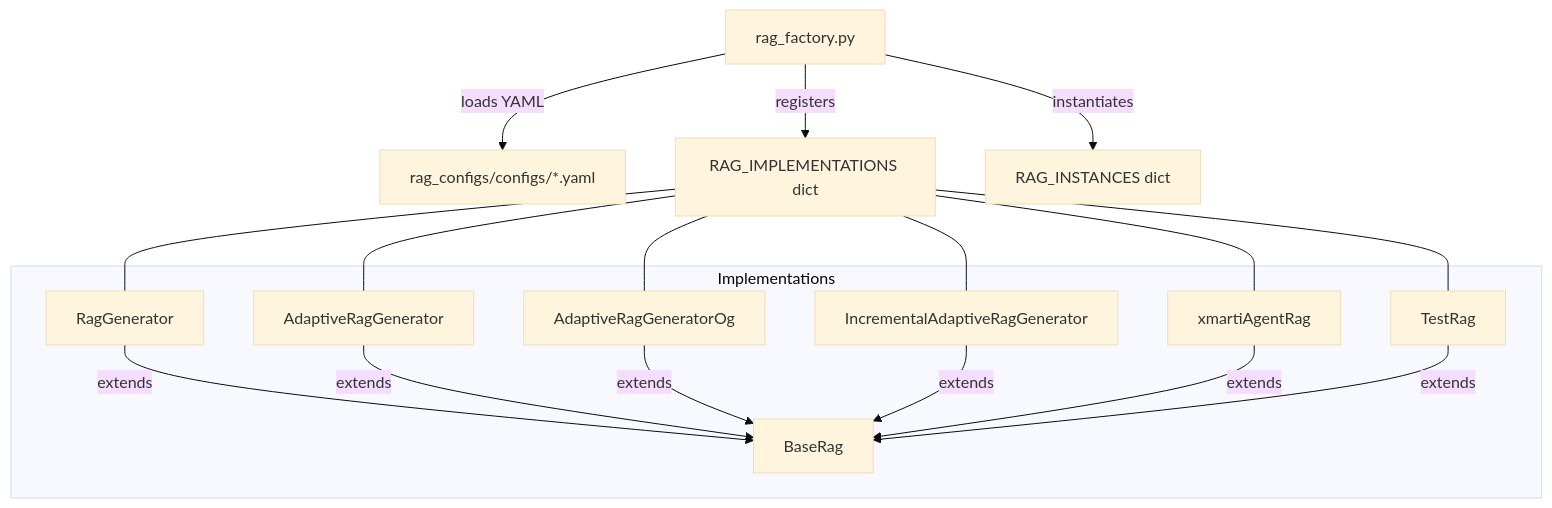
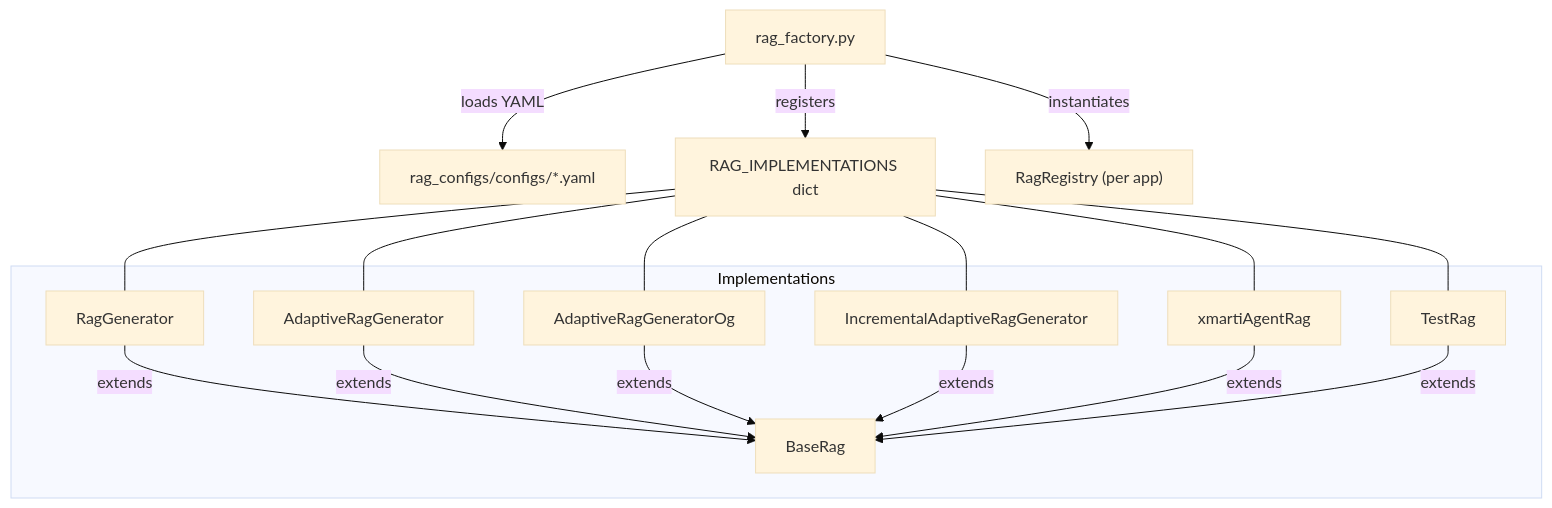
One commit to DCGM/semant-demo changed the fourth of 6 diagrams in docs/ARCHITECTURE.md. Above: the diagram before and after it, drawn with Mermaid (base theme). The commit also changed other lines of this file and 20 other files, not shown here.

````diff
--- a/docs/ARCHITECTURE.md
+++ b/docs/ARCHITECTURE.md
@@ -234,17 +235,17 @@
 ```mermaid
 flowchart TD
     FACTORY[rag_factory.py] -->|loads YAML| CONFIGS[rag_configs/configs/*.yaml]
     FACTORY -->|registers| REGISTRY["RAG_IMPLEMENTATIONS dict"]
-    FACTORY -->|instantiates| INSTANCES["RAG_INSTANCES dict"]
+    FACTORY -->|instantiates| INSTANCES["RagRegistry (per app)"]
 
     subgraph Implementations
         RG[RagGenerator] -->|extends| BASE[BaseRag]
         ARG[AdaptiveRagGenerator] -->|extends| BASE
         AOG[AdaptiveRagGeneratorOg] -->|extends| BASE
         IR[IncrementalAdaptiveRagGenerator] -->|extends| BASE
         AR[xmartiAgentRag] -->|extends| BASE
         TR[TestRag] -->|extends| BASE
     end
 
     REGISTRY --- RG & ARG & AOG & IR & AR & TR
 ```
````
